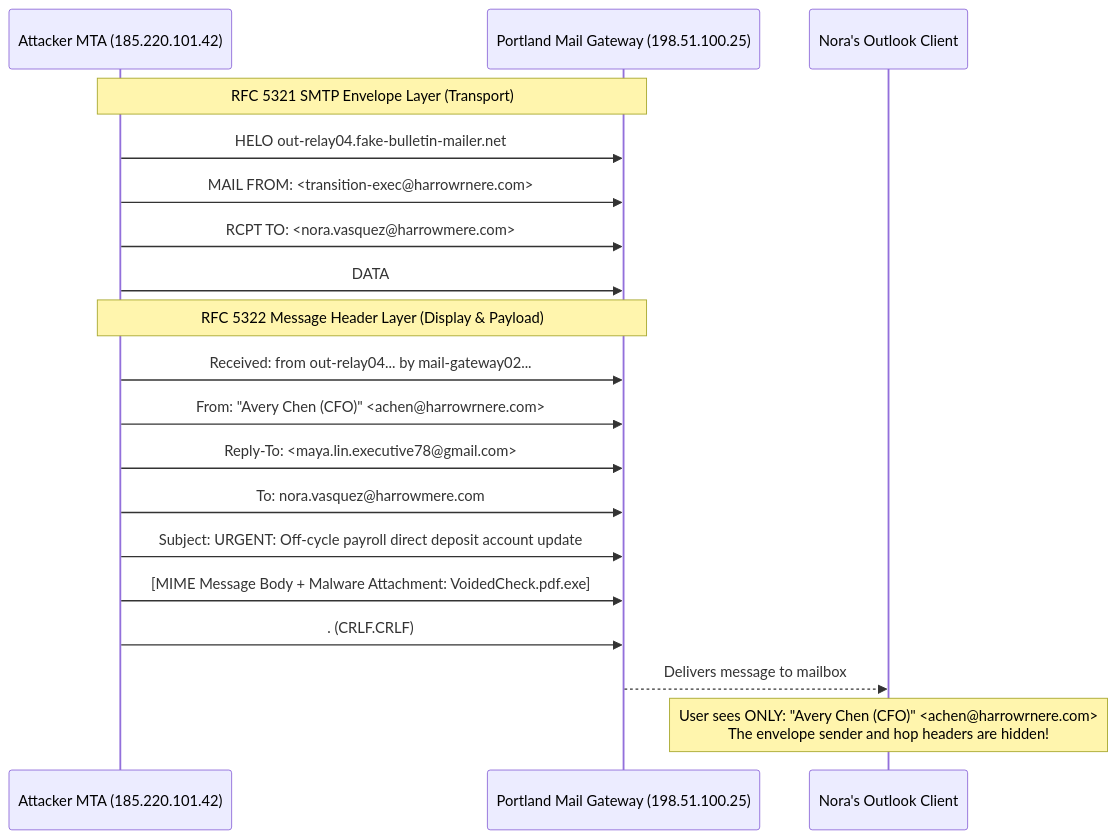
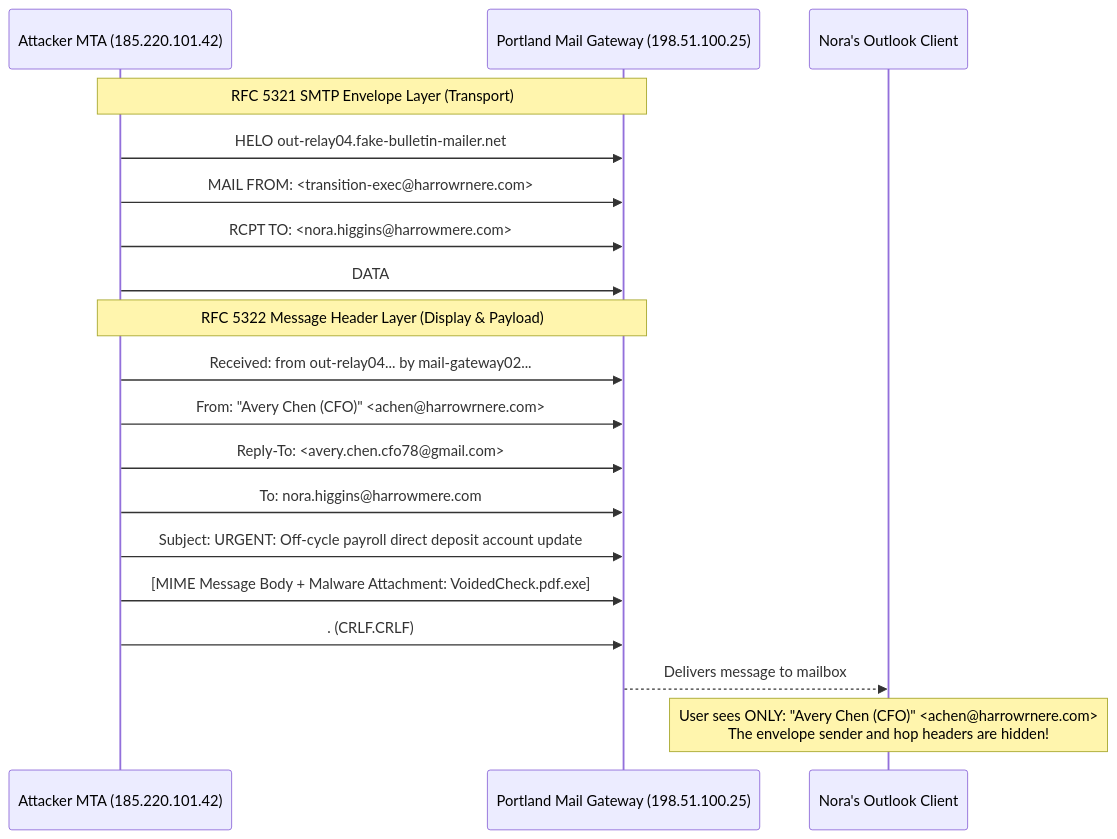
One commit to cwarloe/learning-narrative-kit changed the first of 3 diagrams in docs/portland-desk/workbench/09-dont-click-that.md. Above: the diagram before and after it, drawn with Mermaid. The commit also changed other lines of this file and 32 other files, not shown here.

````diff
--- a/docs/portland-desk/workbench/09-dont-click-that.md
+++ b/docs/portland-desk/workbench/09-dont-click-that.md
@@ -70,24 +70,24 @@
 ```mermaid
 sequenceDiagram
     participant Sender as Attacker MTA (185.220.101.42)
     participant Gateway as Portland Mail Gateway (198.51.100.25)
     participant Recipient as Nora's Outlook Client
 
     Note over Sender,Gateway: RFC 5321 SMTP Envelope Layer (Transport)
     Sender->>Gateway: HELO out-relay04.fake-bulletin-mailer.net
     Sender->>Gateway: MAIL FROM: <transition-exec@harrowrnere.com>
-    Sender->>Gateway: RCPT TO: <nora.vasquez@harrowmere.com>
+    Sender->>Gateway: RCPT TO: <nora.higgins@harrowmere.com>
     Sender->>Gateway: DATA
 
     Note over Sender,Gateway: RFC 5322 Message Header Layer (Display & Payload)
     Sender->>Gateway: Received: from out-relay04... by mail-gateway02...
     Sender->>Gateway: From: "Avery Chen (CFO)" <achen@harrowrnere.com>
-    Sender->>Gateway: Reply-To: <maya.lin.executive78@gmail.com>
-    Sender->>Gateway: To: nora.vasquez@harrowmere.com
+    Sender->>Gateway: Reply-To: <avery.chen.cfo78@gmail.com>
+    Sender->>Gateway: To: nora.higgins@harrowmere.com
     Sender->>Gateway: Subject: URGENT: Off-cycle payroll direct deposit account update
     Sender->>Gateway: [MIME Message Body + Malware Attachment: VoidedCheck.pdf.exe]
     Sender->>Gateway: . (CRLF.CRLF)
 
     Gateway-->>Recipient: Delivers message to mailbox
     Note over Recipient: User sees ONLY: "Avery Chen (CFO)" <achen@harrowrnere.com><br/>The envelope sender and hop headers are hidden!
 ```
````
